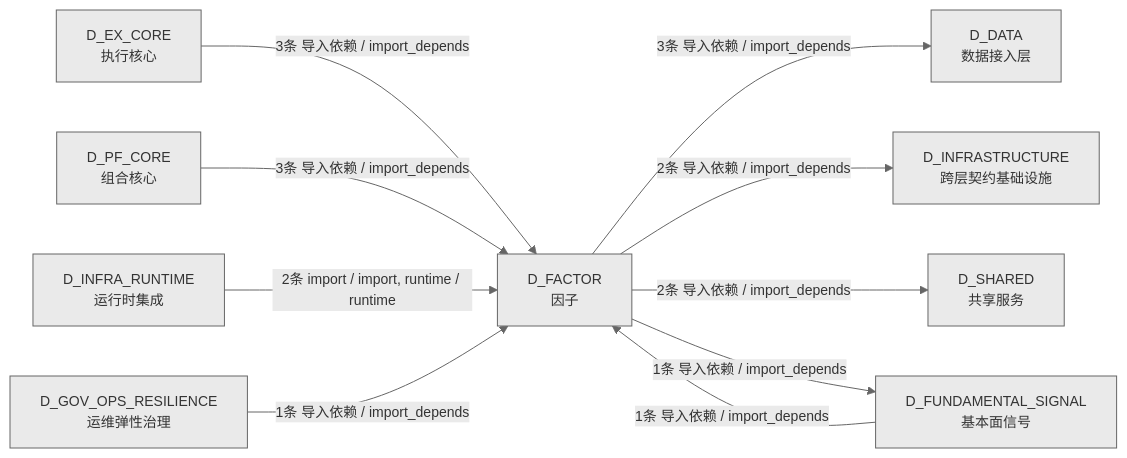
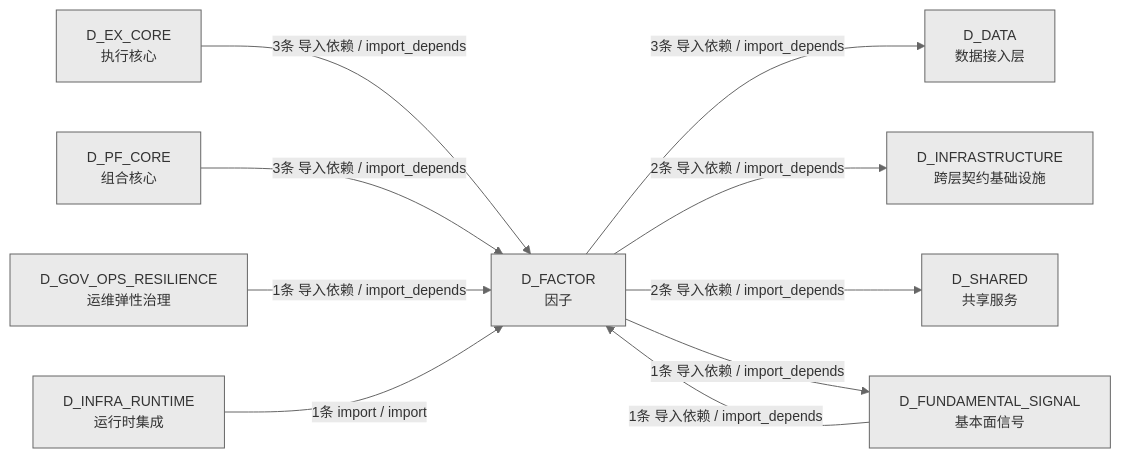
One commit to xuanFelixVan/ZephyrAlpha changed the fourth of 4 diagrams in docs/02_enterprise_architecture/02_domain_architecture_docs/46_d_factor.md. Above: the diagram before and after it, drawn with Mermaid. The commit also changed other lines of this file and 37 other files, not shown here.

````diff
--- a/docs/02_enterprise_architecture/02_domain_architecture_docs/46_d_factor.md
+++ b/docs/02_enterprise_architecture/02_domain_architecture_docs/46_d_factor.md
@@ -371,22 +369,22 @@
 ```mermaid
 %%{init: {'theme': 'base', 'themeVariables': {'primaryColor': '#eaeaea', 'primaryTextColor': '#333333', 'primaryBorderColor': '#666666', 'lineColor': '#666666', 'secondaryColor': '#eaeaea', 'tertiaryColor': '#eaeaea', 'fontSize': '14px'}}}%%
 graph LR
     D_FACTOR["D_FACTOR<br/>因子"]
     D_DATA["D_DATA<br/>数据接入层"]
     D_INFRASTRUCTURE["D_INFRASTRUCTURE<br/>跨层契约基础设施"]
     D_SHARED["D_SHARED<br/>共享服务"]
     D_FUNDAMENTAL_SIGNAL["D_FUNDAMENTAL_SIGNAL<br/>基本面信号"]
     D_EX_CORE["D_EX_CORE<br/>执行核心"]
     D_PF_CORE["D_PF_CORE<br/>组合核心"]
+    D_GOV_OPS_RESILIENCE["D_GOV_OPS_RESILIENCE<br/>运维弹性治理"]
     D_INFRA_RUNTIME["D_INFRA_RUNTIME<br/>运行时集成"]
-    D_GOV_OPS_RESILIENCE["D_GOV_OPS_RESILIENCE<br/>运维弹性治理"]
     D_FACTOR -->|3条 导入依赖 / import_depends| D_DATA
     D_FACTOR -->|2条 导入依赖 / import_depends| D_INFRASTRUCTURE
     D_FACTOR -->|2条 导入依赖 / import_depends| D_SHARED
     D_FACTOR -->|1条 导入依赖 / import_depends| D_FUNDAMENTAL_SIGNAL
     D_EX_CORE -->|3条 导入依赖 / import_depends| D_FACTOR
     D_PF_CORE -->|3条 导入依赖 / import_depends| D_FACTOR
-    D_INFRA_RUNTIME -->|2条 import / import, runtime / runtime| D_FACTOR
     D_FUNDAMENTAL_SIGNAL -->|1条 导入依赖 / import_depends| D_FACTOR
     D_GOV_OPS_RESILIENCE -->|1条 导入依赖 / import_depends| D_FACTOR
+    D_INFRA_RUNTIME -->|1条 import / import| D_FACTOR
 ```
````
